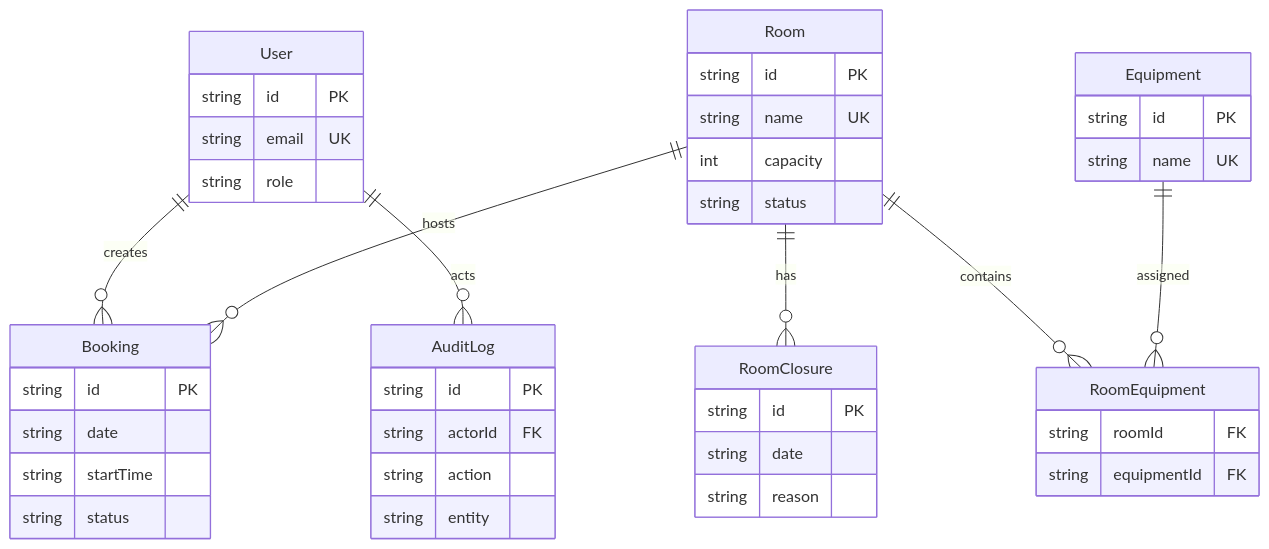
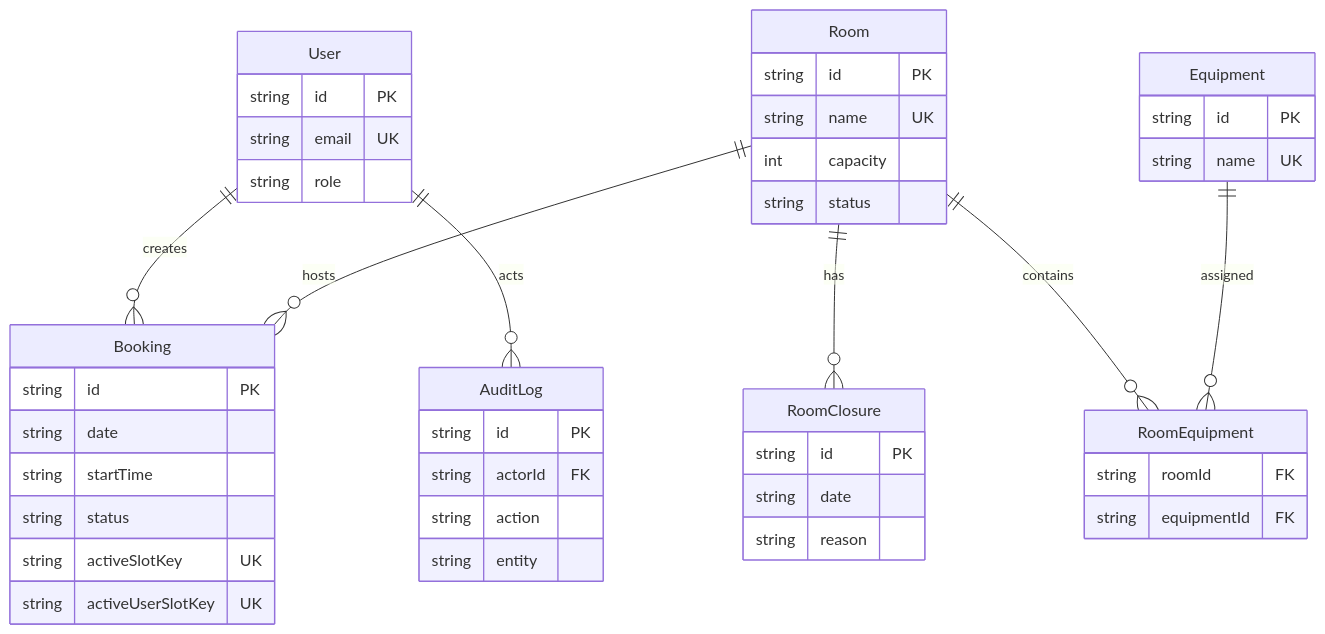
The second of 3 diagrams in docs/00-diagrams.md (bachiep/studyspace-quality-assurance), drawn with Mermaid before and after one commit. The commit also changed other lines of this file and 9 other files, not shown here.

````diff
--- a/docs/00-diagrams.md
+++ b/docs/00-diagrams.md
@@ -22,16 +22,16 @@
 ```mermaid
 erDiagram
   User ||--o{ Booking : creates
   User ||--o{ AuditLog : acts
   Room ||--o{ Booking : hosts
   Room ||--o{ RoomClosure : has
   Room ||--o{ RoomEquipment : contains
   Equipment ||--o{ RoomEquipment : assigned
   User { string id PK string email UK string role }
   Room { string id PK string name UK int capacity string status }
-  Booking { string id PK string date string startTime string status }
+  Booking { string id PK string date string startTime string status string activeSlotKey UK string activeUserSlotKey UK }
   RoomClosure { string id PK string date string reason }
   Equipment { string id PK string name UK }
   RoomEquipment { string roomId FK string equipmentId FK }
   AuditLog { string id PK string actorId FK string action string entity }
 ```
````
